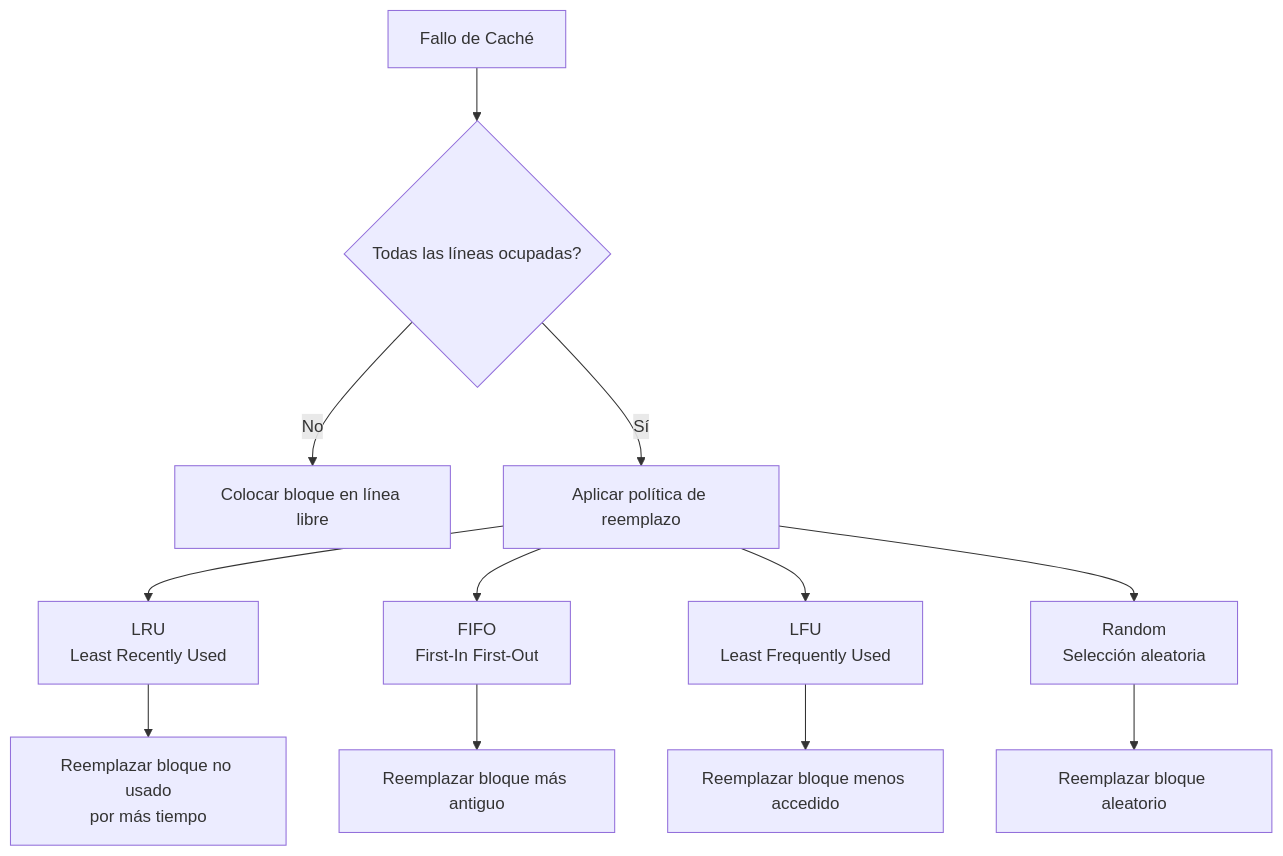
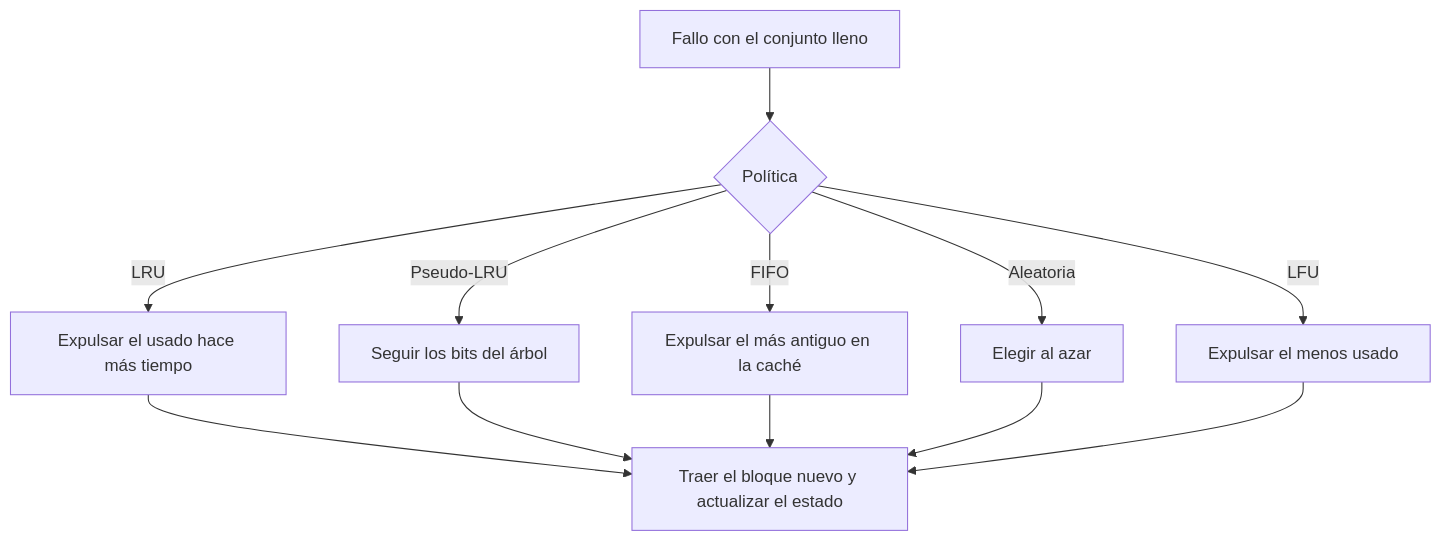
The diagram in public/documents/semester-4/4/4493.md (djaimej/computer-science-template), drawn with Mermaid before and after one commit. The commit also changed other lines of this file and 5 other files, not shown here.

````diff
--- a/public/documents/semester-4/4/4493.md
+++ b/public/documents/semester-4/4/4493.md
@@ -86,16 +27,14 @@
 ```mermaid
 flowchart TD
-    A[Fallo de Caché] --> B{Todas las líneas ocupadas?}
-    B -->|No| C[Colocar bloque en línea libre]
-    B -->|Sí| D[Aplicar política de reemplazo]
-
-    D --> E[LRU<br>Least Recently Used]
-    D --> F[FIFO<br>First-In First-Out]
-    D --> G[LFU<br>Least Frequently Used]
-    D --> H[Random<br>Selección aleatoria]
-
-    E --> I[Reemplazar bloque no usado<br>por más tiempo]
-    F --> J[Reemplazar bloque más antiguo]
-    G --> K[Reemplazar bloque menos accedido]
-    H --> L[Reemplazar bloque aleatorio]
+    A["Fallo con el conjunto lleno"] --> B{"Política"}
+    B -->|"LRU"| C["Expulsar el usado hace más tiempo"]
+    B -->|"Pseudo-LRU"| D["Seguir los bits del árbol"]
+    B -->|"FIFO"| E["Expulsar el más antiguo en la caché"]
+    B -->|"Aleatoria"| F["Elegir al azar"]
+    B -->|"LFU"| G["Expulsar el menos usado"]
+    C --> H["Traer el bloque nuevo y actualizar el estado"]
+    D --> H
+    E --> H
+    F --> H
+    G --> H
 ```
````
